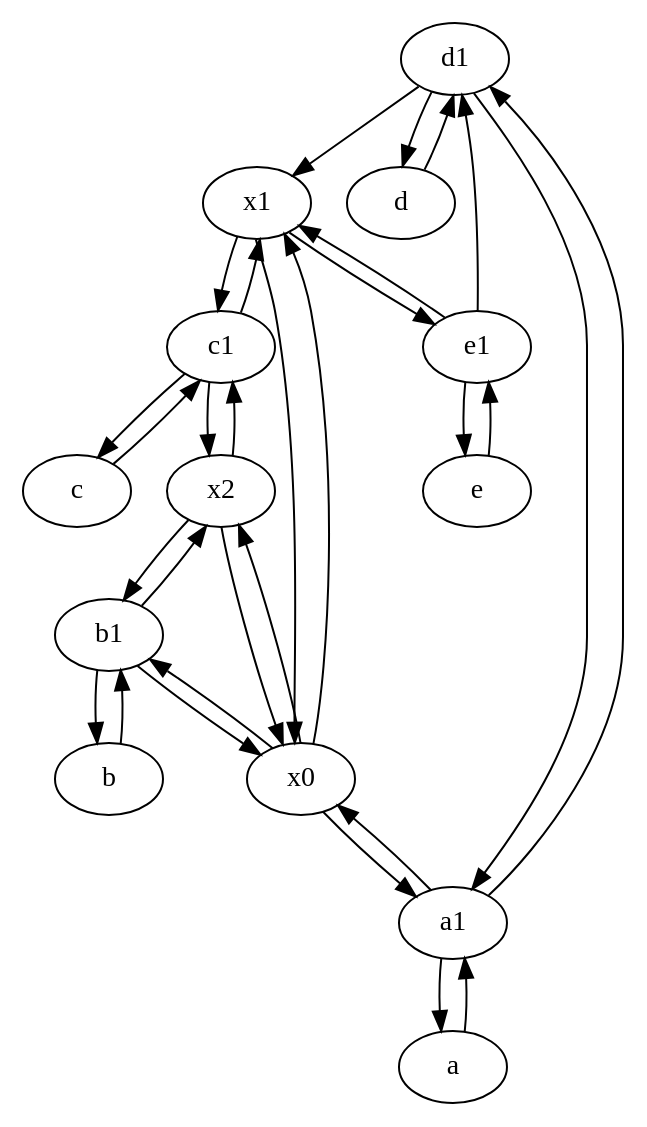
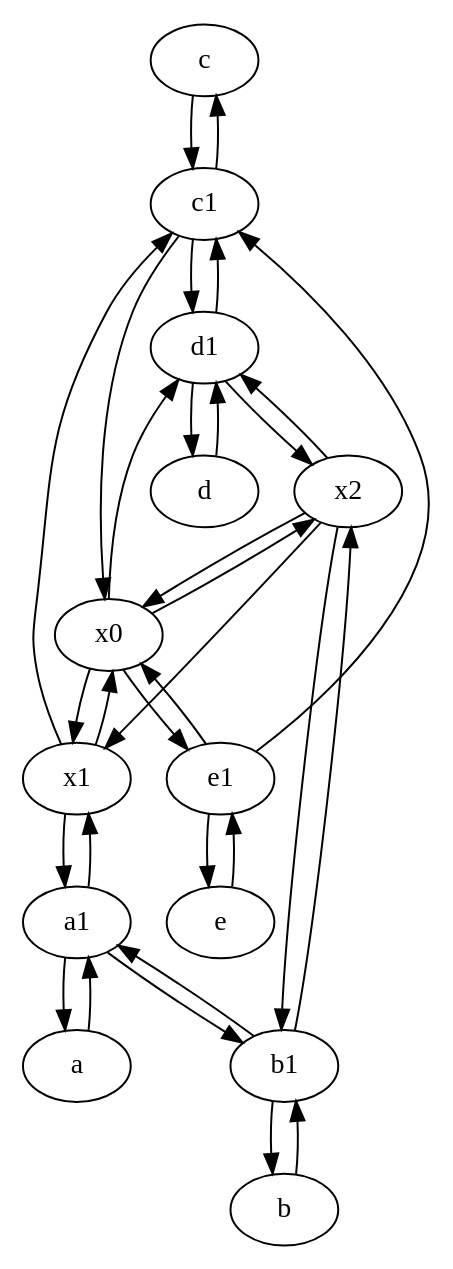
The diagram in results_random_err/surfnet/4/topologyinf.dot (anisabnis/graph_inference), drawn with Graphviz before and after one commit. The commit also changed 5598 other files, not shown here.

```diff
--- a/results_random_err/surfnet/4/topologyinf.dot
+++ b/results_random_err/surfnet/4/topologyinf.dot
@@ -1,46 +1,47 @@
 digraph  {
+	c [pos="20,10!"];
+	a1 [pos="40,15!"];
+	x0;
+	e [pos="30,50!"];
+	x1;
+	c1 [pos="30,15!"];
+	e1 [pos="25,45!"];
+	b [pos="50,20!"];
+	a [pos="40,10!"];
 	d1 [pos="25,30!"];
 	b1 [pos="45,20!"];
-	b [pos="50,20!"];
-	a [pos="40,10!"];
-	c [pos="20,10!"];
-	x1;
+	d [pos="20,30!"];
 	x2;
-	c1 [pos="30,15!"];
-	x0;
-	d [pos="20,30!"];
-	e [pos="30,50!"];
-	e1 [pos="25,45!"];
-	a1 [pos="40,15!"];
+	b1 -> b;
+	e1 -> x0;
+	b1 -> x2;
+	c1 -> d1;
+	b1 -> a1;
+	c -> c1;
+	d1 -> x2;
+	a1 -> x1;
+	x2 -> x1;
+	x2 -> b1;
+	a1 -> b1;
+	x2 -> x0;
+	x1 -> c1;
+	x0 -> x2;
+	e1 -> c1;
 	e -> e1;
+	d1 -> c1;
+	x1 -> x0;
+	x2 -> d1;
+	x0 -> e1;
+	b -> b1;
+	x0 -> d1;
+	c1 -> c;
+	a -> a1;
+	d -> d1;
+	d1 -> d;
+	c1 -> x0;
 	a1 -> a;
-	a1 -> d1;
-	b -> b1;
 	x0 -> x1;
-	x0 -> x2;
-	x2 -> b1;
-	x2 -> x0;
-	d -> d1;
-	d1 -> a1;
-	x1 -> x0;
-	b1 -> x0;
-	a -> a1;
-	c -> c1;
-	d1 -> x1;
-	b1 -> x2;
-	e1 -> d1;
-	c1 -> c;
-	x0 -> a1;
-	x0 -> b1;
-	d1 -> d;
-	e1 -> x1;
-	a1 -> x0;
-	x2 -> c1;
-	x1 -> e1;
-	x1 -> c1;
+	x1 -> a1;
 	e1 -> e;
-	c1 -> x1;
-	b1 -> b;
-	c1 -> x2;
 
 	}
```
